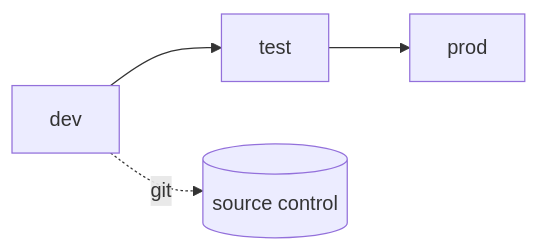
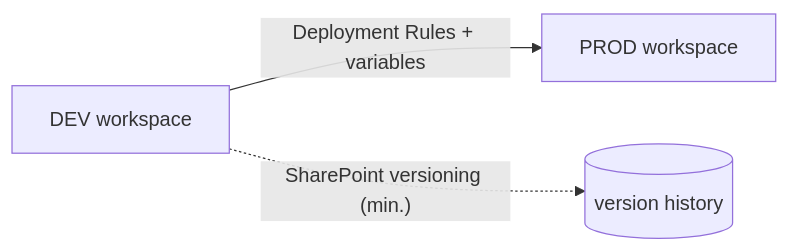
The diagram in instances/DRS/pages/09-engineering-cicd.md (Jonvoge/fabric-playbook), drawn with Mermaid before and after one commit. The commit also changed other lines of this file and 8 other files, not shown here.

````diff
--- a/instances/DRS/pages/09-engineering-cicd.md
+++ b/instances/DRS/pages/09-engineering-cicd.md
@@ -25,6 +31,5 @@
 ```mermaid
 flowchart LR
-  D["dev"] --> T["test"]
-  T --> P["prod"]
-  D -. "git" .-> Repo[("source control")]
+  D["DEV workspace"] -->|Deployment Rules + variables| P["PROD workspace"]
+  D -. "SharePoint versioning (min.)" .-> V[("version history")]
 ```
````
